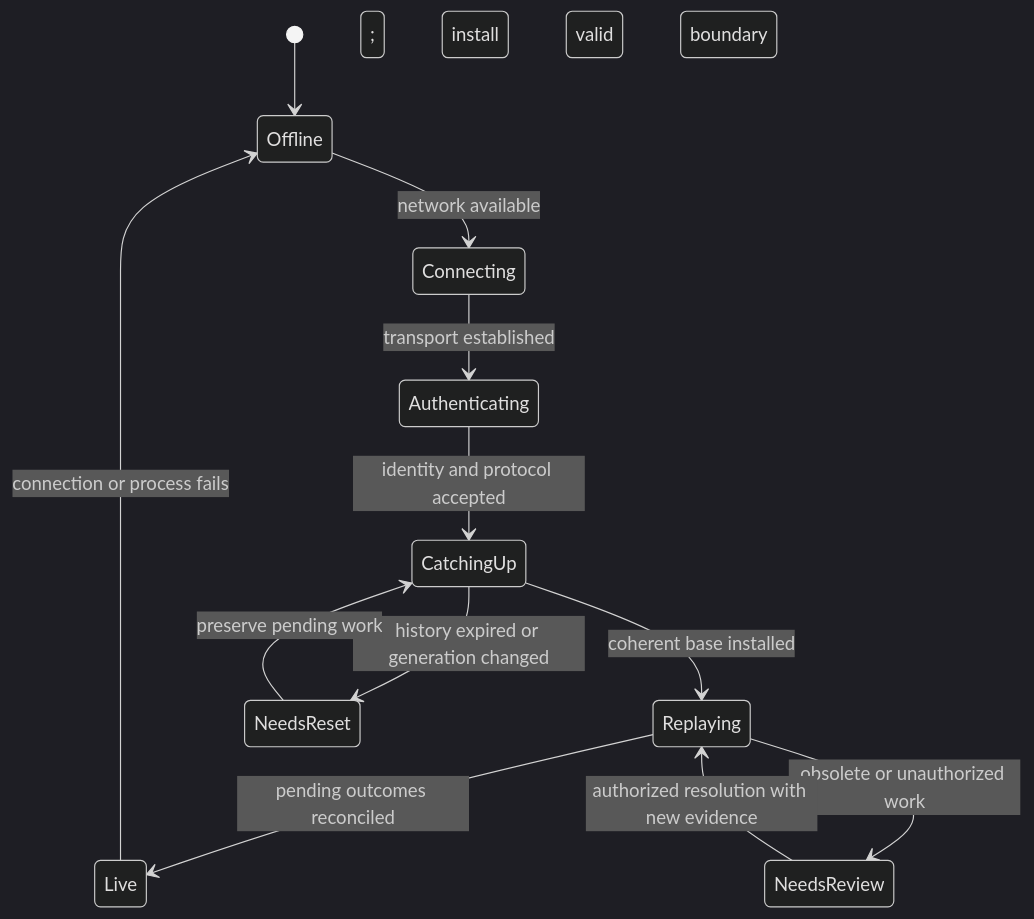
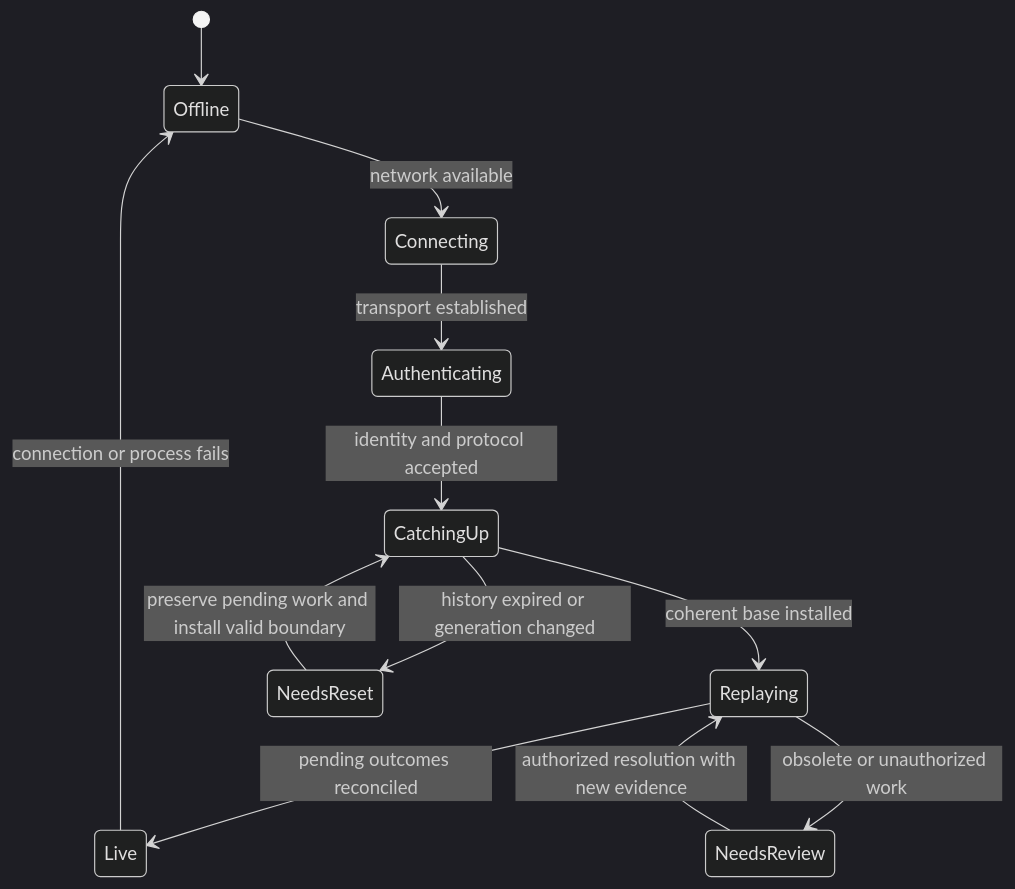
One commit to shreyasmanolkar/tantradnyan changed the third of 3 diagrams in guides/synchronization/08-sync-engine/README.md. Above: the diagram before and after it, drawn with Mermaid (dark theme). The commit also changed other lines of this file and 5 other files, not shown here.

Commit message:
Refine synchronization documentation for clarity and consistency. Update sequence diagrams to improve readability by enhancing phrasing and punctuation across multiple sections, ensuring clearer communication of processes and interactions.

````diff
--- a/guides/synchronization/08-sync-engine/README.md
+++ b/guides/synchronization/08-sync-engine/README.md
@@ -193,14 +193,14 @@
 ```mermaid
 stateDiagram-v2
   [*] --> Offline
   Offline --> Connecting: network available
   Connecting --> Authenticating: transport established
   Authenticating --> CatchingUp: identity and protocol accepted
   CatchingUp --> Replaying: coherent base installed
   Replaying --> Live: pending outcomes reconciled
   Live --> Offline: connection or process fails
   CatchingUp --> NeedsReset: history expired or generation changed
   Replaying --> NeedsReview: obsolete or unauthorized work
-  NeedsReset --> CatchingUp: preserve pending work; install valid boundary
+  NeedsReset --> CatchingUp: preserve pending work and install valid boundary
   NeedsReview --> Replaying: authorized resolution with new evidence
 ```
````
